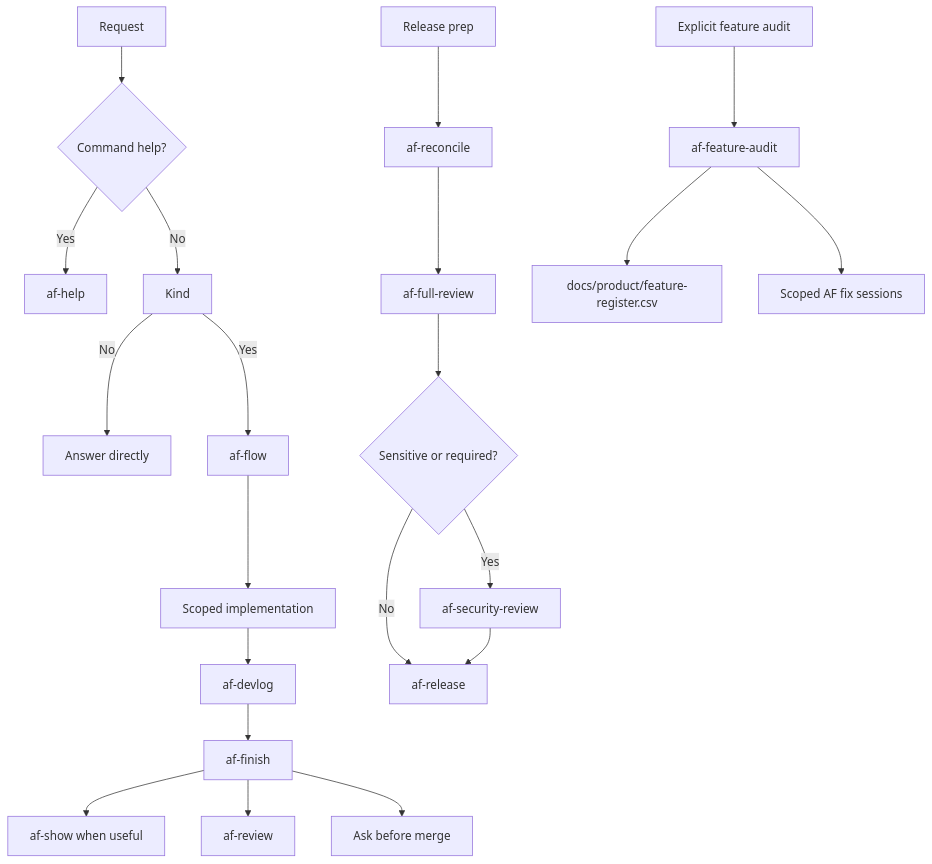
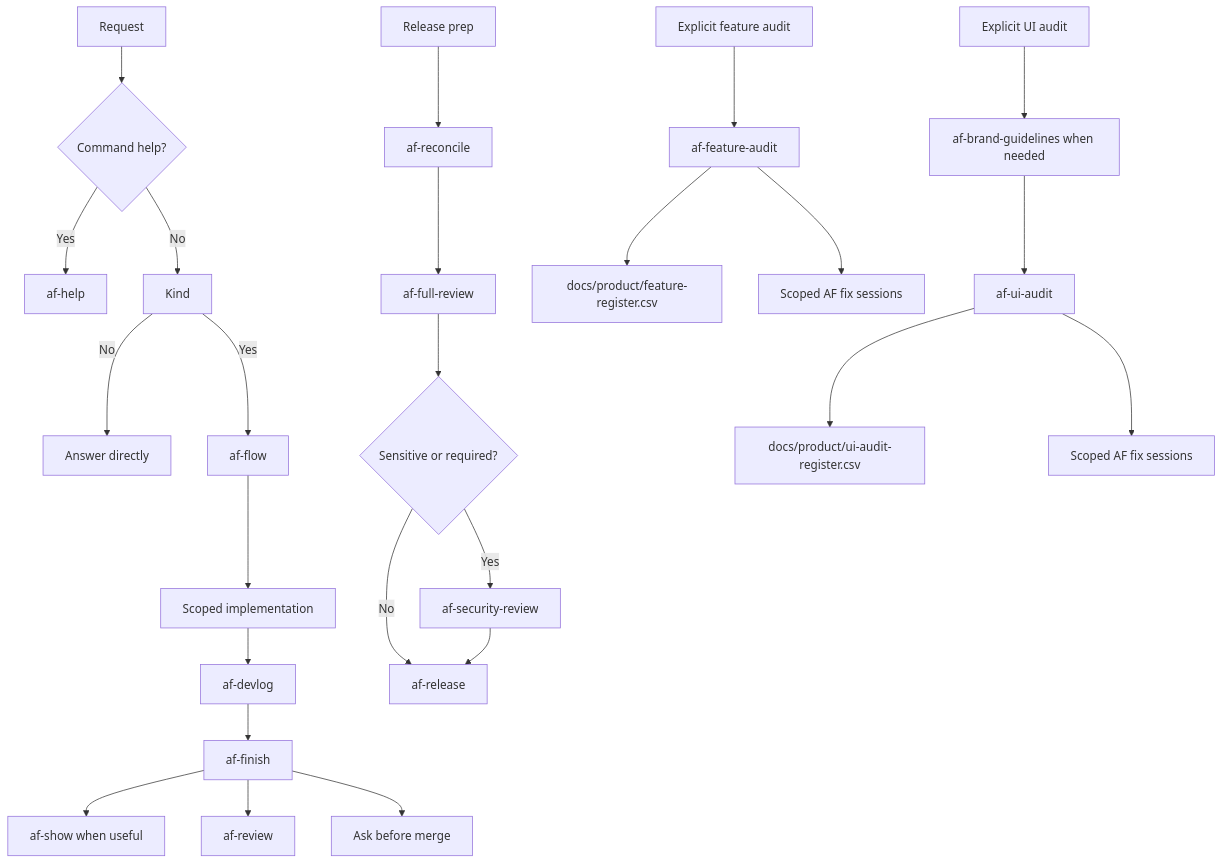
Before and after one commit to miketaheny/codex-setup: the second of 4 diagrams in docs/ARCHITECTURE.md, drawn with Mermaid. The commit also changed 21 other files, not shown here.

````diff
--- a/docs/ARCHITECTURE.md
+++ b/docs/ARCHITECTURE.md
@@ -46,25 +46,30 @@
 ```mermaid
 flowchart TD
     Request --> Help{"Command help?"}
     Help -->|Yes| AFHelp["af-help"]
     Help -->|No| Kind
     Kind -->|No| Answer["Answer directly"]
     Kind -->|Yes| Flow["af-flow"]
     Flow --> Work["Scoped implementation"]
     Work --> Devlog["af-devlog"]
     Devlog --> Finish["af-finish"]
     Finish --> Show["af-show when useful"]
     Finish --> Review["af-review"]
     Finish --> Ask["Ask before merge"]
 
     ReleaseStart["Release prep"] --> Reconcile["af-reconcile"]
     Reconcile --> Full["af-full-review"]
     Full --> Security{"Sensitive or required?"}
     Security -->|Yes| Sec["af-security-review"]
     Security -->|No| Release["af-release"]
     Sec --> Release
 
     AuditStart["Explicit feature audit"] --> Audit["af-feature-audit"]
     Audit --> Register["docs/product/feature-register.csv"]
     Audit --> AuditFix["Scoped AF fix sessions"]
+
+    UIStart["Explicit UI audit"] --> Brand["af-brand-guidelines when needed"]
+    Brand --> UIAudit["af-ui-audit"]
+    UIAudit --> UIRegister["docs/product/ui-audit-register.csv"]
+    UIAudit --> UIFix["Scoped AF fix sessions"]
 ```
````
